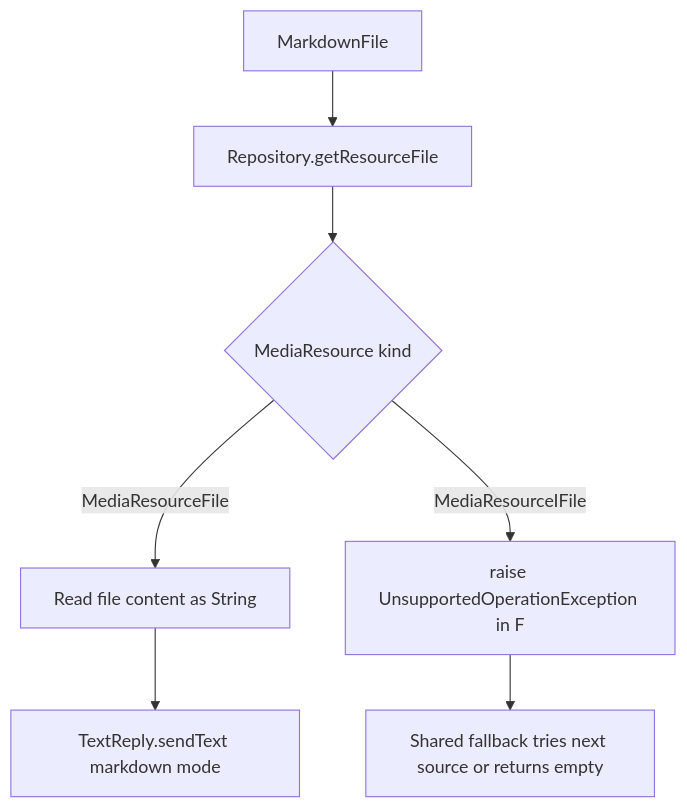
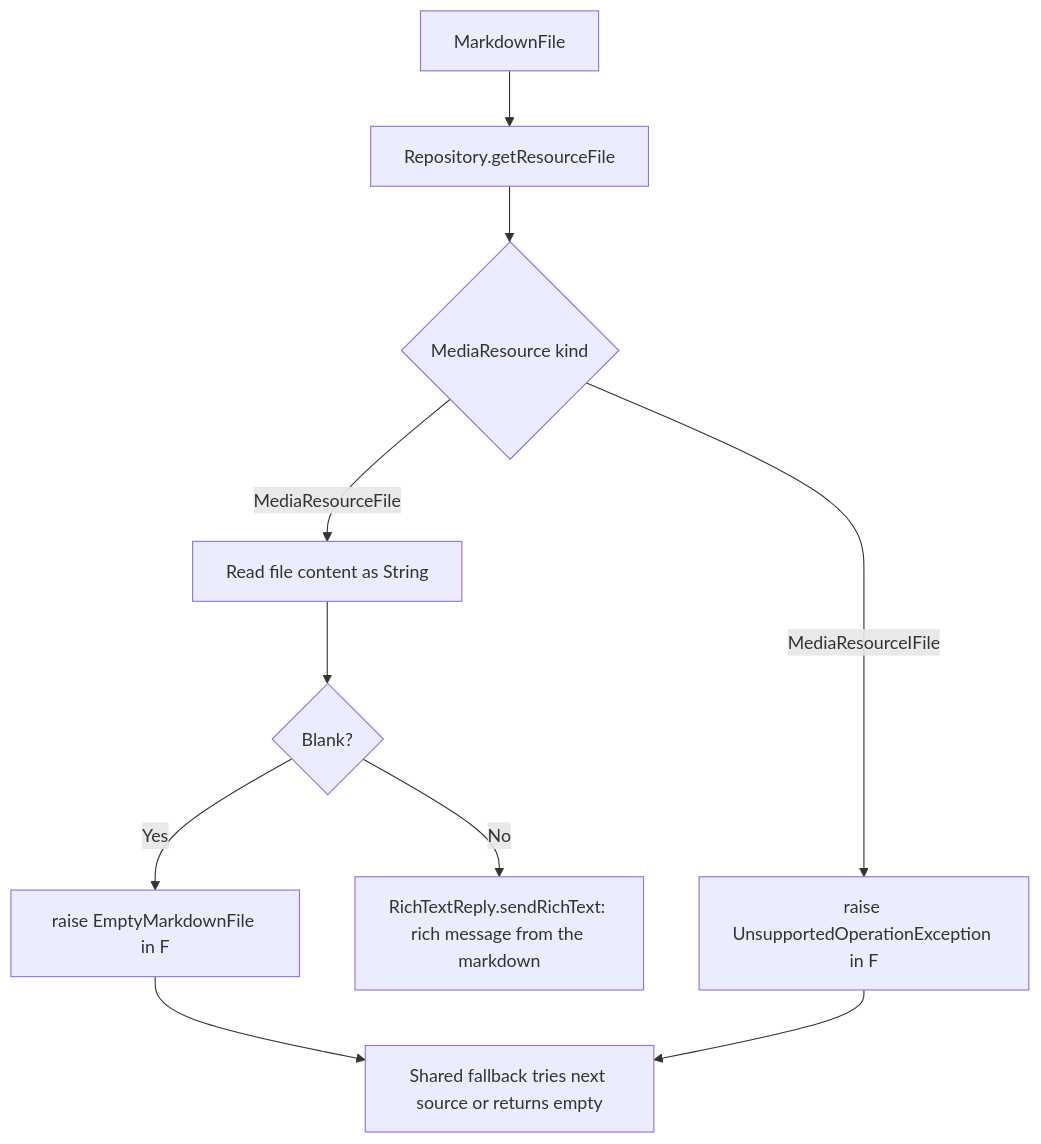
The sixth of 6 diagrams in docs/bot-logic-overview.md (benkio/sBots), drawn with Mermaid before and after one commit. The commit also changed other lines of this file and 4 other files, not shown here.

First line of the commit message:
Docs refresh for the platform architecture

````diff
--- a/docs/bot-logic-overview.md
+++ b/docs/bot-logic-overview.md
@@ -134,9 +220,12 @@
 ```mermaid
 flowchart TD
   A["MarkdownFile"] --> B["Repository.getResourceFile"]
   B --> C{MediaResource kind}
   C -->|MediaResourceFile| D["Read file content as String"]
-  D --> E["TextReply.sendText markdown mode"]
+  D --> D1{Blank?}
+  D1 -->|Yes| D2["raise EmptyMarkdownFile in F"]
+  D1 -->|No| E["RichTextReply.sendRichText: rich message from the markdown"]
   C -->|MediaResourceIFile| F["raise UnsupportedOperationException in F"]
-  F --> G["Shared fallback tries next source or returns empty"]
+  D2 --> G["Shared fallback tries next source or returns empty"]
+  F --> G
 ```
````
